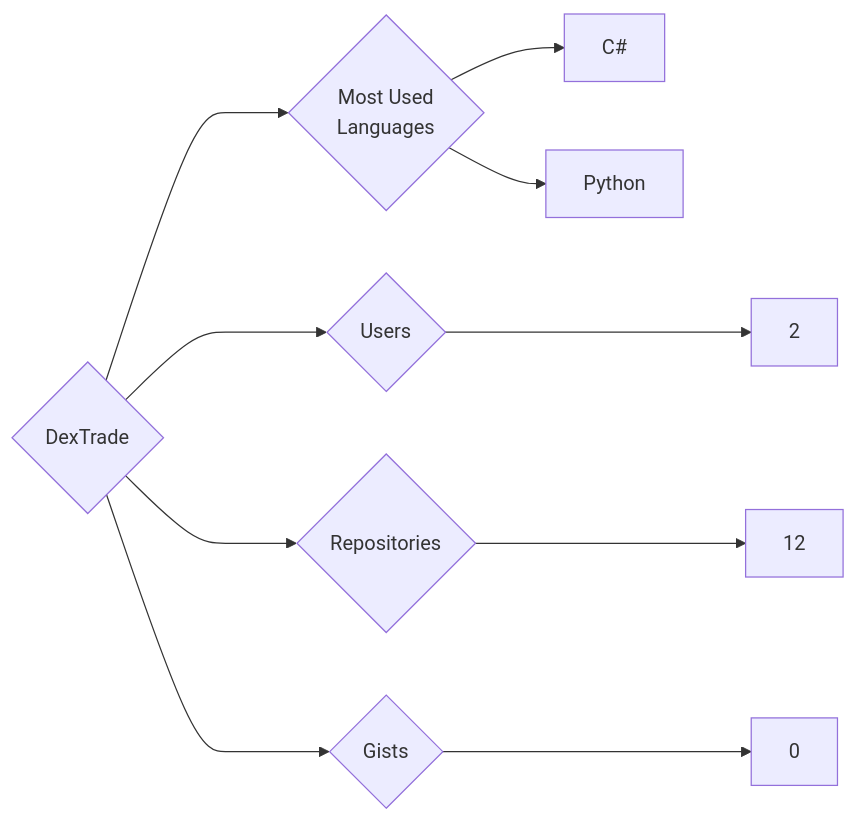
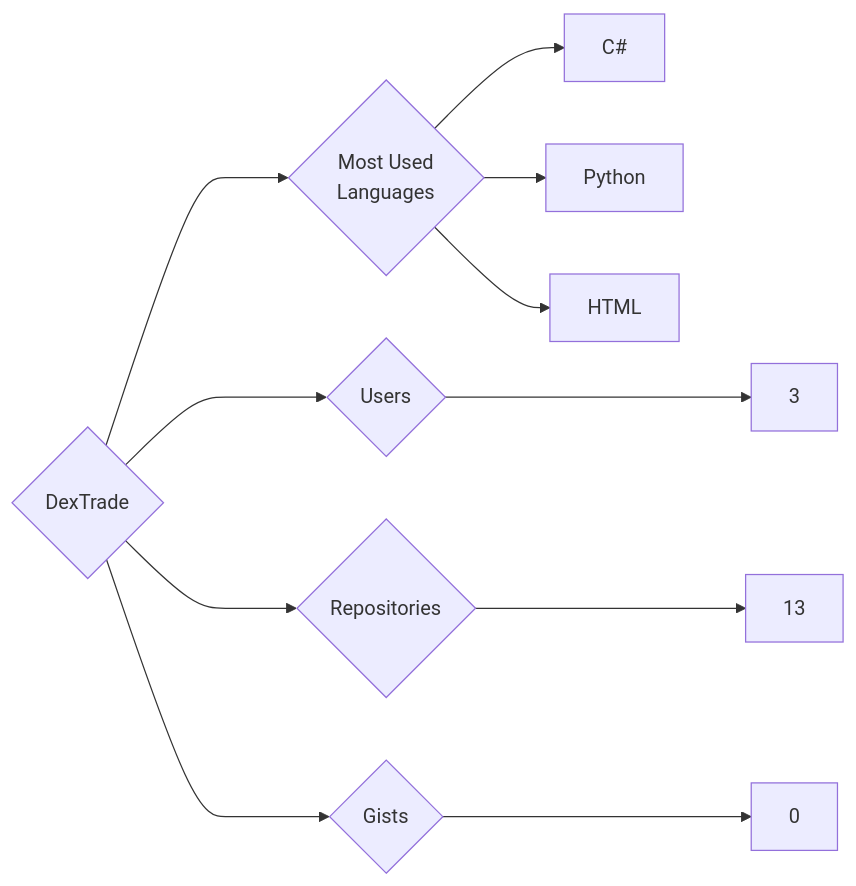
One commit to trickest/insiders changed the diagram in targets/DexTrade/README.md. Above: the diagram before and after it, drawn with Mermaid. The commit also changed 1055 other files, not shown here.

````diff
--- a/targets/DexTrade/README.md
+++ b/targets/DexTrade/README.md
@@ -3,10 +3,11 @@
 ```mermaid
 graph LR
 COMPANY_NAME{DexTrade}
-COMPANY_NAME ---> U{Users} ---> UN[2]
-COMPANY_NAME ---> R{Repositories} ---> RN[12]
+COMPANY_NAME ---> U{Users} ---> UN[3]
+COMPANY_NAME ---> R{Repositories} ---> RN[13]
 COMPANY_NAME ---> G{Gists} ---> GN[0]
 COMPANY_NAME ---> ML{Most Used<br>Languages}
 ML --> C#[C#]
 ML --> Python[Python]
+ML --> HTML[HTML]
 ```
````
